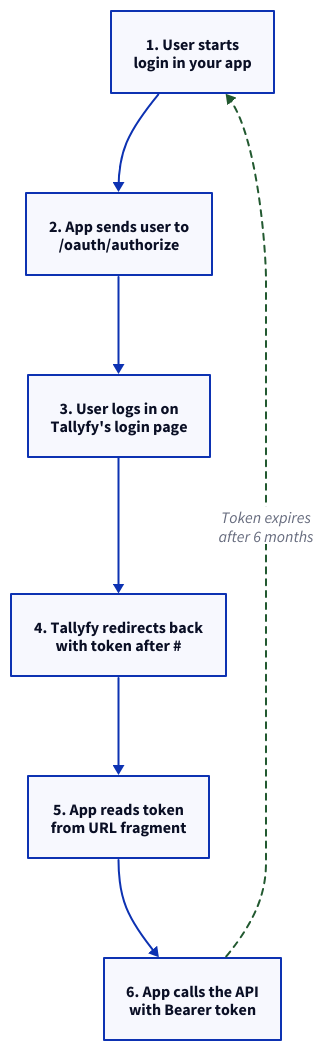
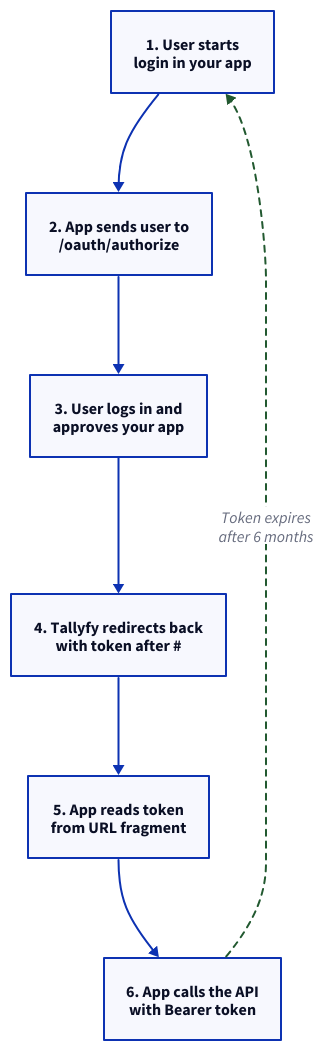
One commit to tallyfy/documentation changed the diagram in src/content/docs/pro/integrations/open-api/oauth-authorization-flow.mdx. Above: the diagram before and after it, drawn with D2. The commit also changed other lines of this file and 9 other files, not shown here.

First line of the commit message:
Take the four diagram reviews' small fixes

````diff
--- a/src/content/docs/pro/integrations/open-api/oauth-authorization-flow.mdx
+++ b/src/content/docs/pro/integrations/open-api/oauth-authorization-flow.mdx
@@ -31,15 +31,15 @@
 ```d2
 # OAuth 2.0 Implicit Flow
 direction: down
 S1: "1. User starts\nlogin in your app"
 S2: "2. App sends user to\n/oauth/authorize"
-S3: "3. User logs in on\nTallyfy's login page"
+S3: "3. User logs in and\napproves your app"
 S4: "4. Tallyfy redirects back\nwith token after #"
 S5: "5. App reads token\nfrom URL fragment"
 S6: "6. App calls the API\nwith Bearer token"
 S1 -> S2 -> S3 -> S4 -> S5 -> S6
 S6 -> S1: "Token expires\nafter 6 months" {
   style.stroke: "#225930"
   style.stroke-dash: 3
 }
 ```
````
